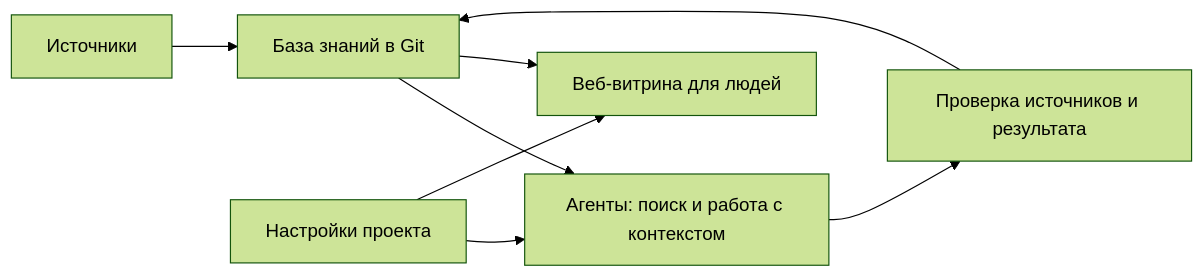
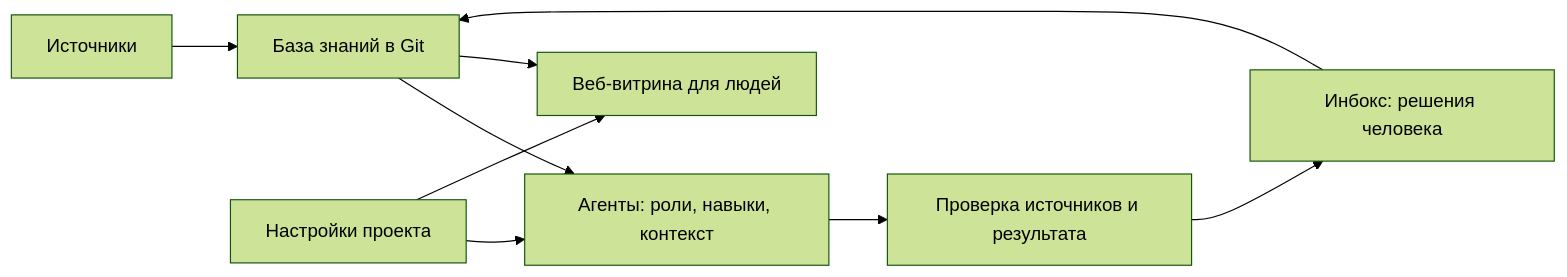
The diagram in README.md (ha1ex/ai-kb-harness-template), drawn with Mermaid (forest theme) before and after one commit. The commit also changed other lines of this file and 8 other files, not shown here.

````diff
--- a/README.md
+++ b/README.md
@@ -38,10 +41,11 @@
 ```mermaid
 flowchart LR
     S[Источники] --> K[База знаний в Git]
-    K --> A[Агенты: поиск и работа с контекстом]
+    K --> A[Агенты: роли, навыки, контекст]
     A --> V[Проверка источников и результата]
-    V --> K
+    V --> H[Инбокс: решения человека]
+    H --> K
     K --> W[Веб-витрина для людей]
     P[Настройки проекта] --> A
     P --> W
 ```
````
